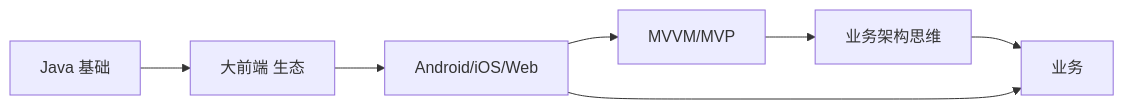
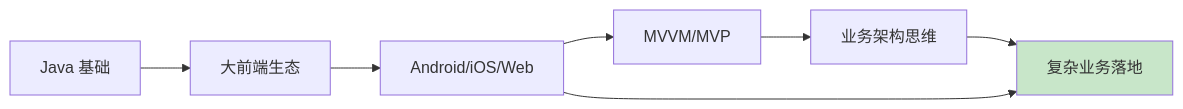
One commit to chongyang211/YCBookBlog changed the second of 2 diagrams in packages/website/13.书籍/04.自我精进·学习/03.信息管理/02.体系思维很重要.md. Above: the diagram before and after it, drawn with Mermaid. The commit also changed other lines of this file and 83 other files, not shown here.

````diff
--- a/packages/website/13.书籍/04.自我精进·学习/03.信息管理/02.体系思维很重要.md
+++ b/packages/website/13.书籍/04.自我精进·学习/03.信息管理/02.体系思维很重要.md
@@ -290,9 +188,10 @@
 ```mermaid
 graph LR
-    P1[Java 基础] --> L1[大前端 生态]
+    P1[Java 基础] --> L1[大前端生态]
     L1 --> L2[Android/iOS/Web]
     L2 --> M1[MVVM/MVP]
     M1 --> S1[业务架构思维]
-    S1 --> 业务
-    L2 --> 业务
+    S1 --> Biz[复杂业务落地]
+    L2 --> Biz
+    style Biz fill:#c8e6c9
 ```
````
